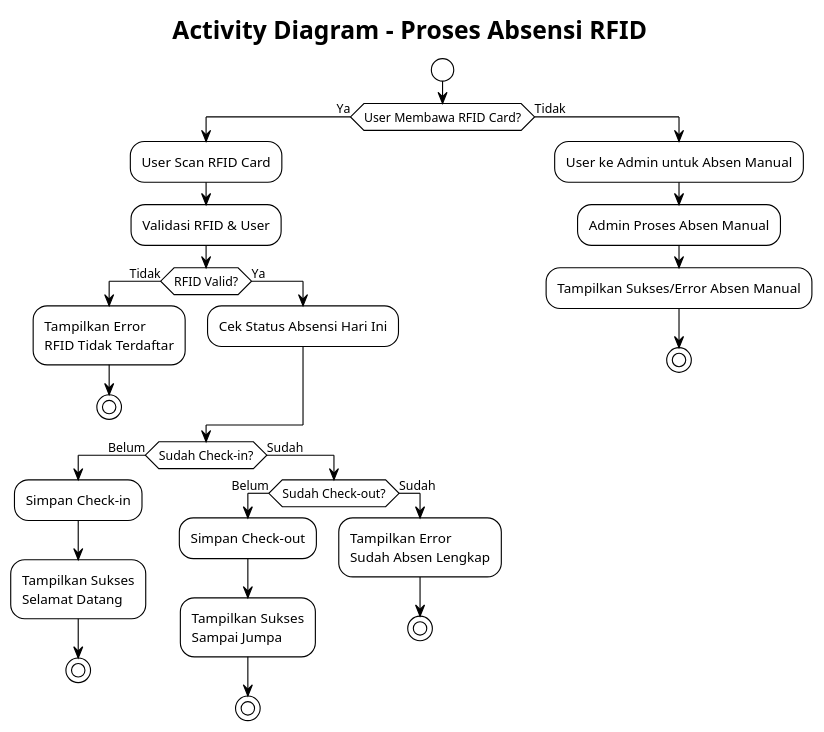
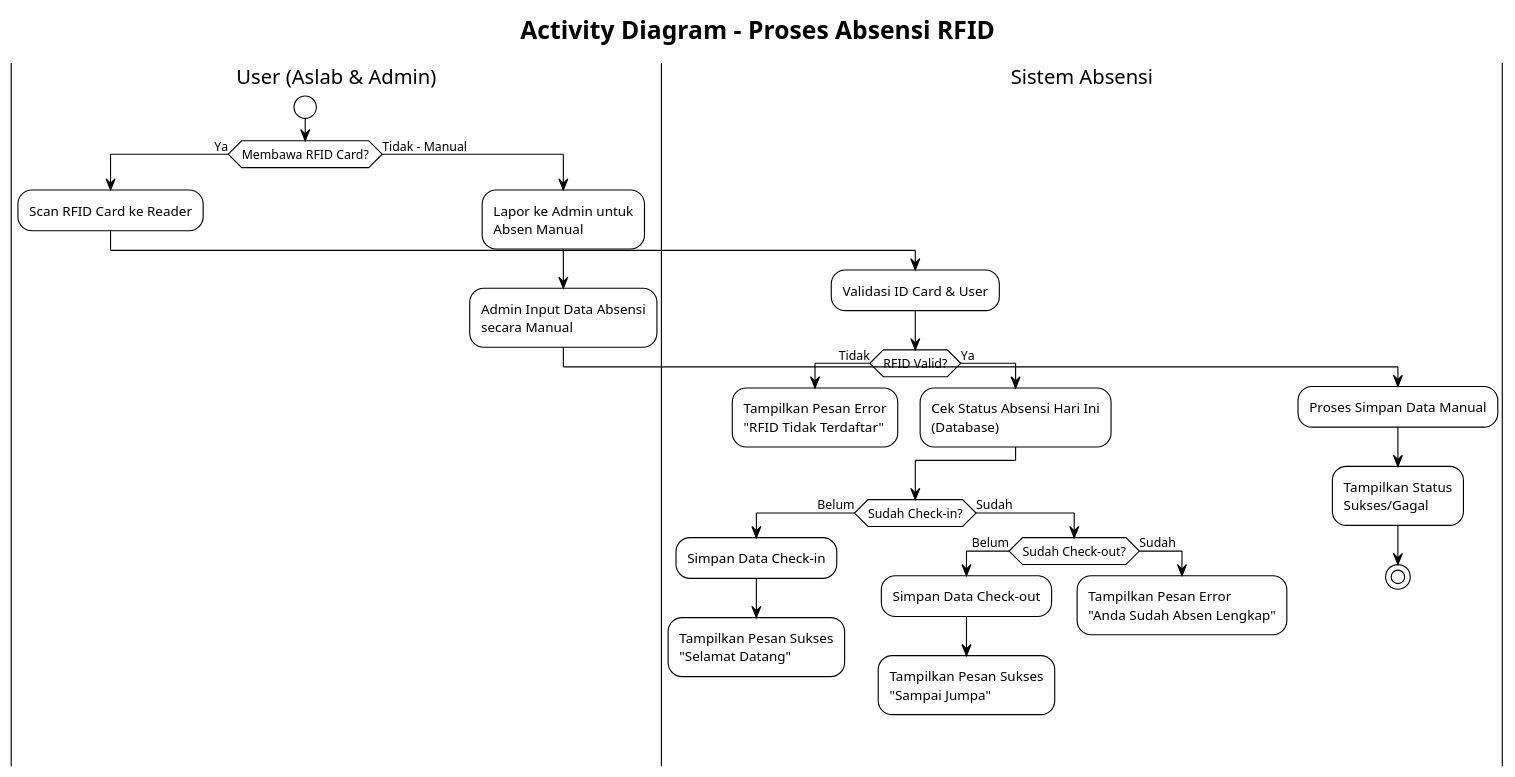
Before and after one commit to zalzdarkent/absensi_aslab_react: the diagram in docs/diagrams/activity/proses_absensi_rfid.puml, drawn with PlantUML. The commit also changed 26 other files, not shown here.

First line of the commit message:
Refactor sequence and activity diagrams for asset management, attendance, and registration processes

```diff
--- a/docs/diagrams/activity/proses_absensi_rfid.puml
+++ b/docs/diagrams/activity/proses_absensi_rfid.puml
@@ -1,38 +1,50 @@
 @startuml Proses Absensi RFID
 !theme plain
+skinparam ConditionEndStyle hline
 
 title Activity Diagram - Proses Absensi RFID
 
+|User (Aslab & Admin)|
 start
 
-if (User Membawa RFID Card?) then (Ya)
-  :User Scan RFID Card;
-  :Validasi RFID & User;
+if (Membawa RFID Card?) then (Ya)
+  :Scan RFID Card ke Reader;
+  
+  |Sistem Absensi|
+  :Validasi ID Card & User;
+  
   if (RFID Valid?) then (Tidak)
-    :Tampilkan Error\nRFID Tidak Terdaftar;
-    stop
+    :Tampilkan Pesan Error\n"RFID Tidak Terdaftar";
+    detach
   else (Ya)
-    :Cek Status Absensi Hari Ini;
+    :Cek Status Absensi Hari Ini\n(Database);
   endif
+  
   if (Sudah Check-in?) then (Belum)
-    :Simpan Check-in;
-    :Tampilkan Sukses\nSelamat Datang;
-    stop
+    :Simpan Data Check-in;
+    :Tampilkan Pesan Sukses\n"Selamat Datang";
+    detach
   else (Sudah)
     if (Sudah Check-out?) then (Belum)
-      :Simpan Check-out;
-      :Tampilkan Sukses\nSampai Jumpa;
-      stop
+      :Simpan Data Check-out;
+      :Tampilkan Pesan Sukses\n"Sampai Jumpa";
+      detach
     else (Sudah)
-      :Tampilkan Error\nSudah Absen Lengkap;
-      stop
+      :Tampilkan Pesan Error\n"Anda Sudah Absen Lengkap";
+      detach
     endif
   endif
-else (Tidak)
-  :User ke Admin untuk Absen Manual;
-  :Admin Proses Absen Manual;
-  :Tampilkan Sukses/Error Absen Manual;
+
+else (Tidak - Manual)
+  |User (Aslab & Admin)|
+  :Lapor ke Admin untuk\nAbsen Manual;
+  :Admin Input Data Absensi\nsecara Manual;
+  
+  |Sistem Absensi|
+  :Proses Simpan Data Manual;
+  :Tampilkan Status\nSukses/Gagal;
   stop
+
 endif
 
 @enduml
```
